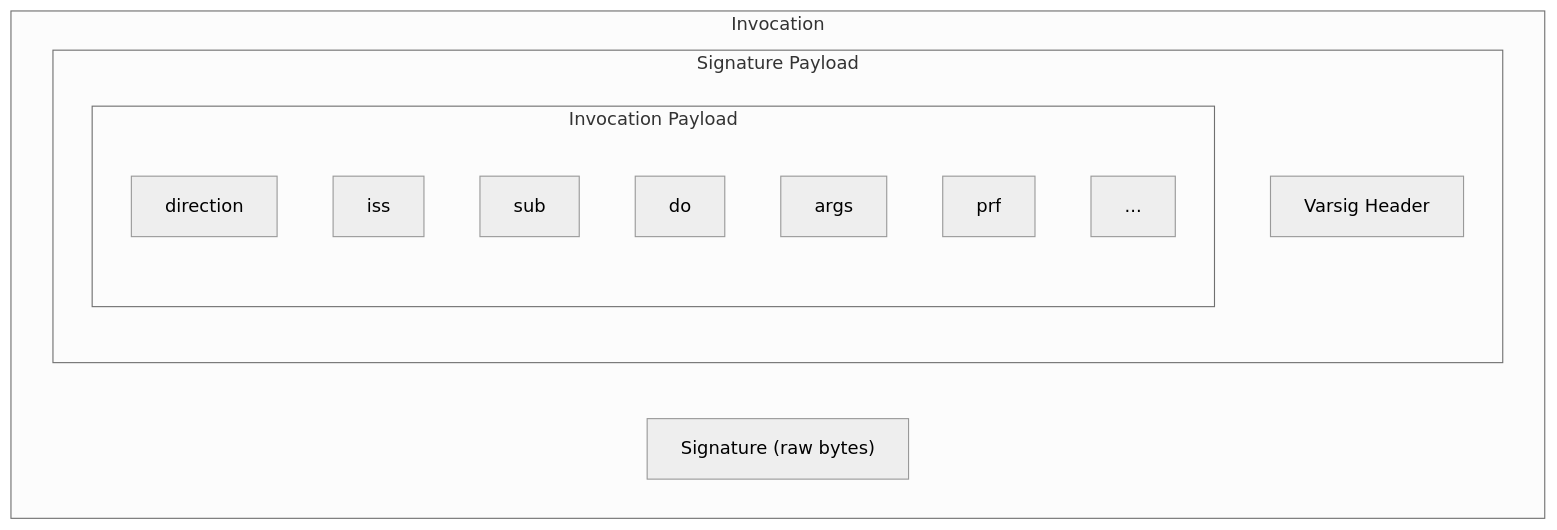
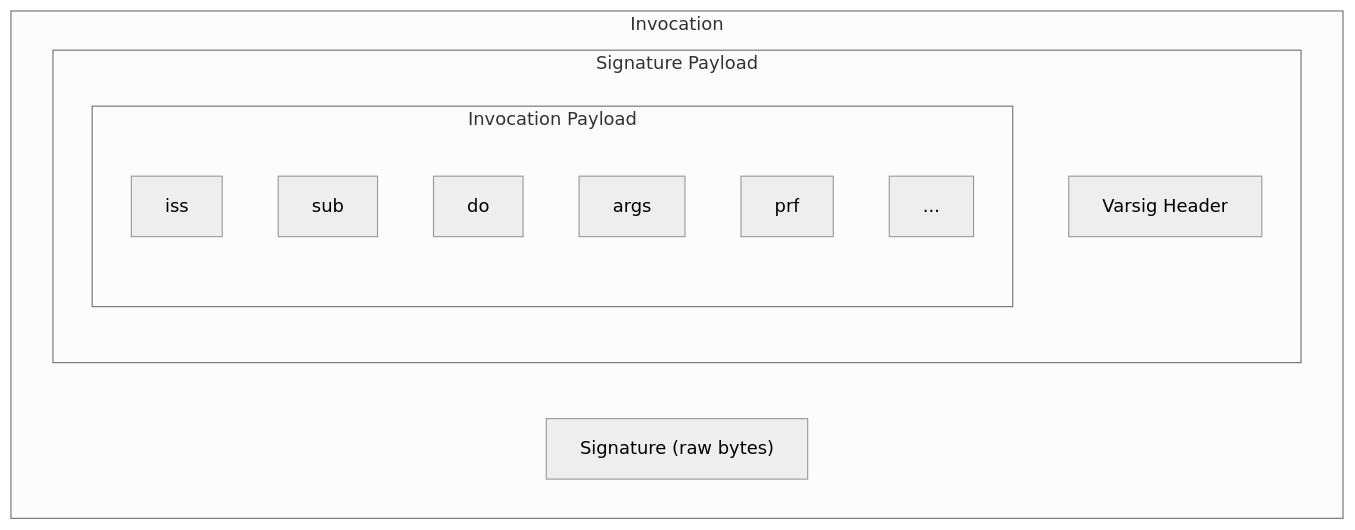
Before and after one commit to ucan-wg/invocation: the fourth of 6 diagrams in README.md, drawn with Mermaid (neutral theme). The commit also changed other lines of this file, not shown here.

````diff
--- a/README.md
+++ b/README.md
@@ -207,21 +207,21 @@
 ``` mermaid
 flowchart TD
     subgraph Invocation
         SignatureBytes["Signature (raw bytes)"]
       
         subgraph SigPayload ["Signature Payload"]
             VarsigHeader["Varsig Header"]
 
             subgraph InvocationPayload ["Invocation Payload"]
-                direction 
+                direction TD
 
                 iss
                 sub
                 do
                 args
                 prf
                 etc["..."]
             end
         end
     end
 ```
````
